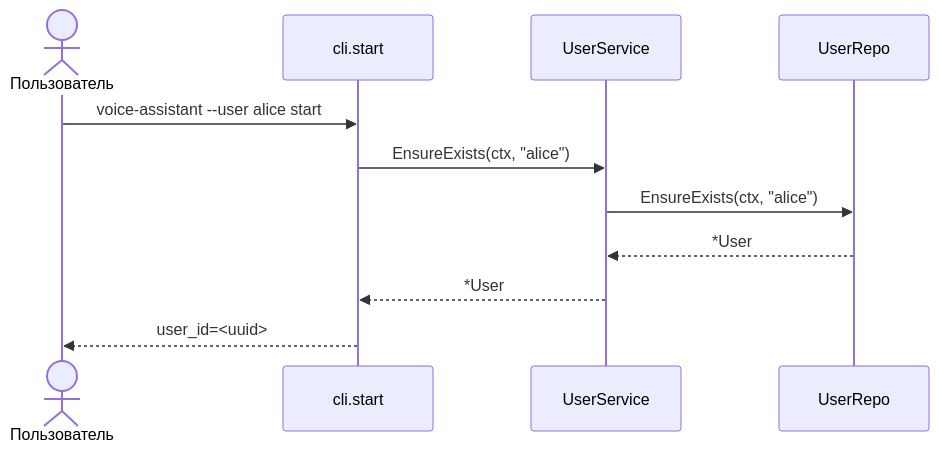
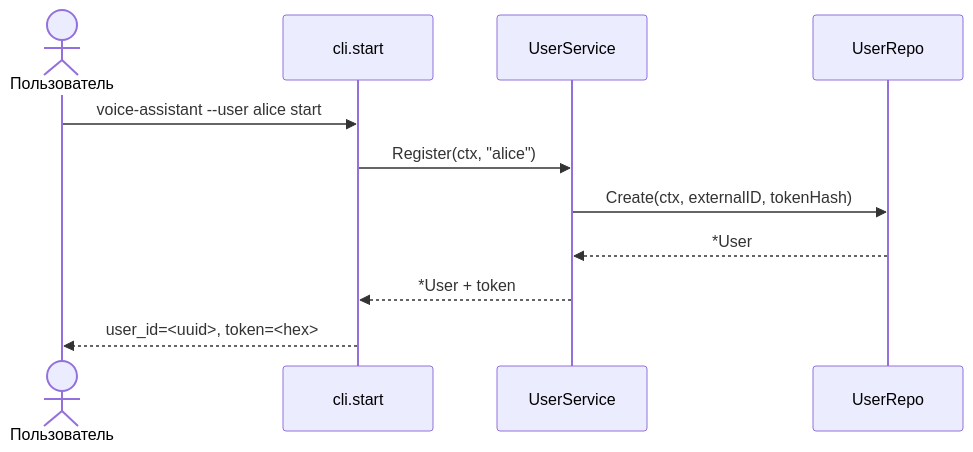
Before and after one commit to AlexeyKurlevsky/voice_assistant: the second of 5 diagrams in docs/ARCHITECTURE.md, drawn with Mermaid. The commit also changed other lines of this file and 21 other files, not shown here.

````diff
--- a/docs/ARCHITECTURE.md
+++ b/docs/ARCHITECTURE.md
@@ -121,14 +122,14 @@
 ```mermaid
 sequenceDiagram
     actor U as Пользователь
     participant CLI as cli.start
     participant SVC as UserService
     participant R as UserRepo
 
     U->>CLI: voice-assistant --user alice start
-    CLI->>SVC: EnsureExists(ctx, "alice")
-    SVC->>R: EnsureExists(ctx, "alice")
+    CLI->>SVC: Register(ctx, "alice")
+    SVC->>R: Create(ctx, externalID, tokenHash)
     R-->>SVC: *User
-    SVC-->>CLI: *User
-    CLI-->>U: user_id=<uuid>
+    SVC-->>CLI: *User + token
+    CLI-->>U: user_id=<uuid>, token=<hex>
 ```
````
